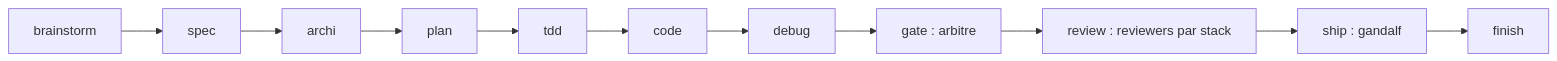
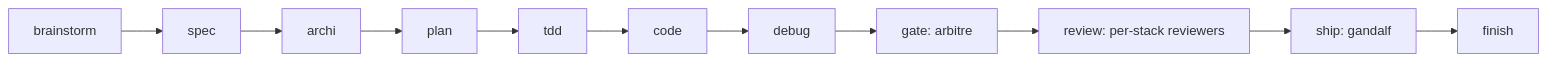
Before and after one commit to techmefr/mentis: the diagram in README.md, drawn with Mermaid. The commit also changed other lines of this file and 47 other files, not shown here.

````diff
--- a/README.md
+++ b/README.md
@@ -52,13 +51,13 @@
 ```mermaid
 flowchart LR
     A[brainstorm] --> B[spec]
     B --> C[archi]
     C --> D[plan]
     D --> E[tdd]
     E --> F[code]
     F --> G[debug]
-    G --> H[gate : arbitre]
-    H --> I[review : reviewers par stack]
-    I --> J[ship : gandalf]
+    G --> H[gate: arbitre]
+    H --> I[review: per-stack reviewers]
+    I --> J[ship: gandalf]
     J --> K[finish]
 ```
````
